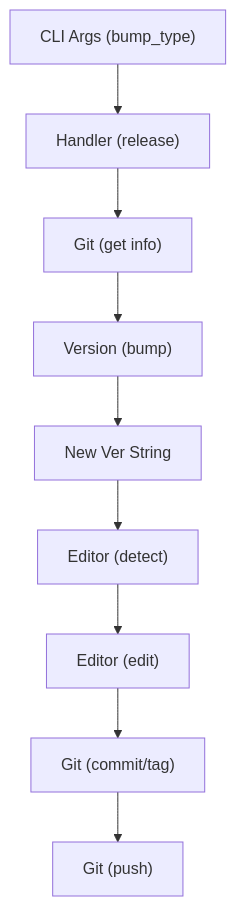
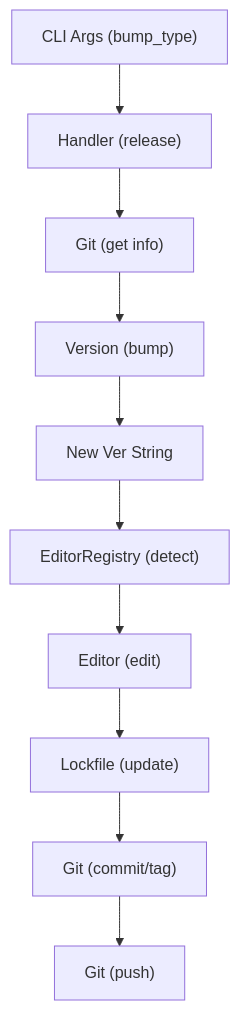
One commit to Jeanhwea/project-manager-app changed the sixth of 9 diagrams in docs/architecture.md. Above: the diagram before and after it, drawn with Mermaid. The commit also changed other lines of this file, not shown here.

````diff
--- a/docs/architecture.md
+++ b/docs/architecture.md
@@ -311,11 +432,12 @@
 ```mermaid
 flowchart TB
     A["CLI Args (bump_type)"] --> B["Handler (release)"]
     B --> C["Git (get info)"]
     C --> D["Version (bump)"]
     D --> E["New Ver String"]
-    E --> F["Editor (detect)"]
+    E --> F["EditorRegistry (detect)"]
     F --> G["Editor (edit)"]
-    G --> H["Git (commit/tag)"]
-    H --> I["Git (push)"]
+    G --> H["Lockfile (update)"]
+    H --> I["Git (commit/tag)"]
+    I --> J["Git (push)"]
 ```
````
